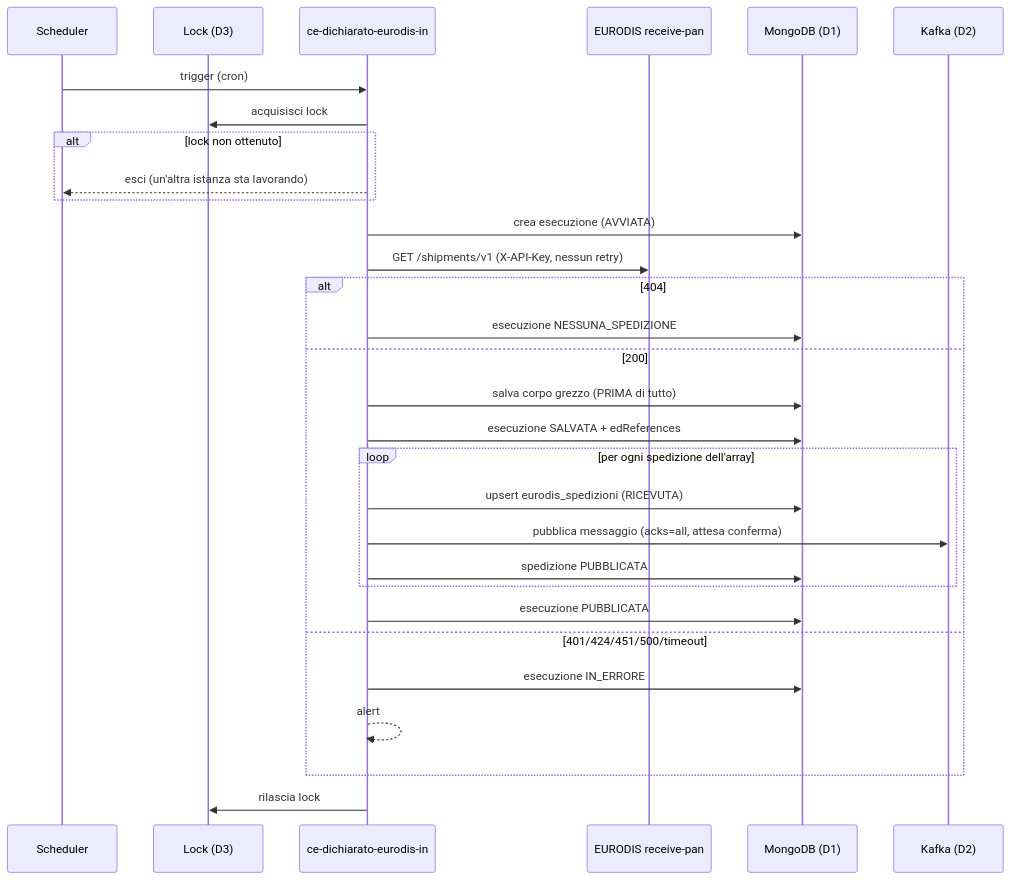
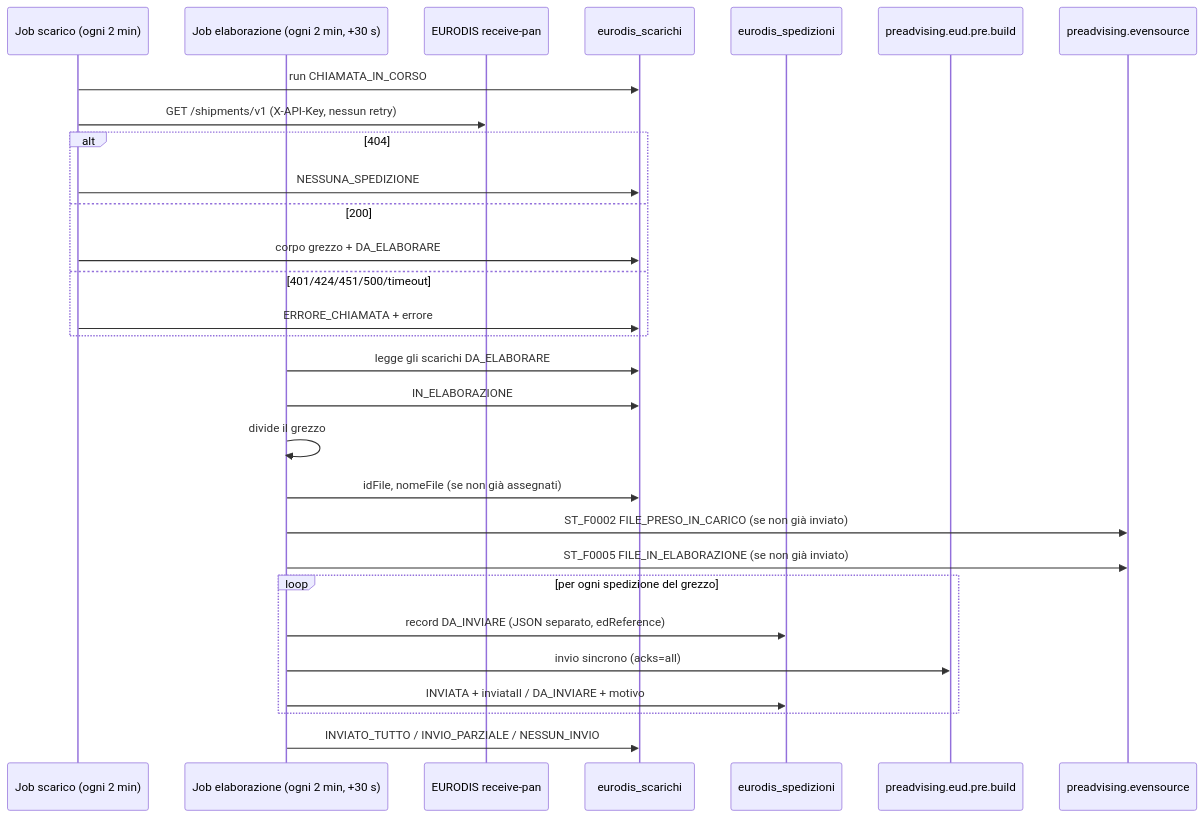
One commit to diegoMereu/sda-bmad changed the second of 3 diagrams in iniziative/136596/sviluppo/ce-dichiarato-eurodis-in.md. Above: the diagram before and after it, drawn with Mermaid. The commit also changed other lines of this file and 1 other file, not shown here.

First line of the commit message:
docs(136596): specifica -in 0.5 (file fittizio, eventi ST_F0002/ST_F0005 su preadvising.evensource, header idFile) e mapper 0.3 (id_file da idFile)

````diff
--- a/iniziative/136596/sviluppo/ce-dichiarato-eurodis-in.md
+++ b/iniziative/136596/sviluppo/ce-dichiarato-eurodis-in.md
@@ -202,33 +272,33 @@
 ```mermaid
 sequenceDiagram
-    participant S as Scheduler
-    participant L as Lock (D3)
-    participant IN as ce-dichiarato-eurodis-in
+    participant S1 as Job scarico (ogni 2 min)
+    participant S2 as Job elaborazione (ogni 2 min, +30 s)
     participant E as EURODIS receive-pan
-    participant DB as MongoDB (D1)
-    participant K as Kafka (D2)
+    participant SC as eurodis_scarichi
+    participant SP as eurodis_spedizioni
+    participant K as preadvising.eud.pre.build
 
-    S->>IN: trigger (cron)
-    IN->>L: acquisisci lock
-    alt lock non ottenuto
-        IN-->>S: esci (un'altra istanza sta lavorando)
+    S1->>SC: run CHIAMATA_IN_CORSO
+    S1->>E: GET /shipments/v1 (X-API-Key, nessun retry)
+    alt 404
+        S1->>SC: NESSUNA_SPEDIZIONE
+    else 200
+        S1->>SC: corpo grezzo + DA_ELABORARE
+    else 401/424/451/500/timeout
+        S1->>SC: ERRORE_CHIAMATA + errore
     end
-    IN->>DB: crea esecuzione (AVVIATA)
-    IN->>E: GET /shipments/v1 (X-API-Key, nessun retry)
-    alt 404
-        IN->>DB: esecuzione NESSUNA_SPEDIZIONE
-    else 200
-        IN->>DB: salva corpo grezzo (PRIMA di tutto)
-        IN->>DB: esecuzione SALVATA + edReferences
-        loop per ogni spedizione dell'array
-            IN->>DB: upsert eurodis_spedizioni (RICEVUTA)
-            IN->>K: pubblica messaggio (acks=all, attesa conferma)
-            IN->>DB: spedizione PUBBLICATA
-        end
-        IN->>DB: esecuzione PUBBLICATA
-    else 401/424/451/500/timeout
-        IN->>DB: esecuzione IN_ERRORE
-        IN-->>IN: alert
+
+    participant EV as preadvising.evensource
+    S2->>SC: legge gli scarichi DA_ELABORARE
+    S2->>SC: IN_ELABORAZIONE
+    S2->>S2: divide il grezzo
+    S2->>SC: idFile, nomeFile (se non già assegnati)
+    S2->>EV: ST_F0002 FILE_PRESO_IN_CARICO (se non già inviato)
+    S2->>EV: ST_F0005 FILE_IN_ELABORAZIONE (se non già inviato)
+    loop per ogni spedizione del grezzo
+        S2->>SP: record DA_INVIARE (JSON separato, edReference)
+        S2->>K: invio sincrono (acks=all)
+        S2->>SP: INVIATA + inviataIl  /  DA_INVIARE + motivo
     end
-    IN->>L: rilascia lock
+    S2->>SC: INVIATO_TUTTO / INVIO_PARZIALE / NESSUN_INVIO
 ```
````
